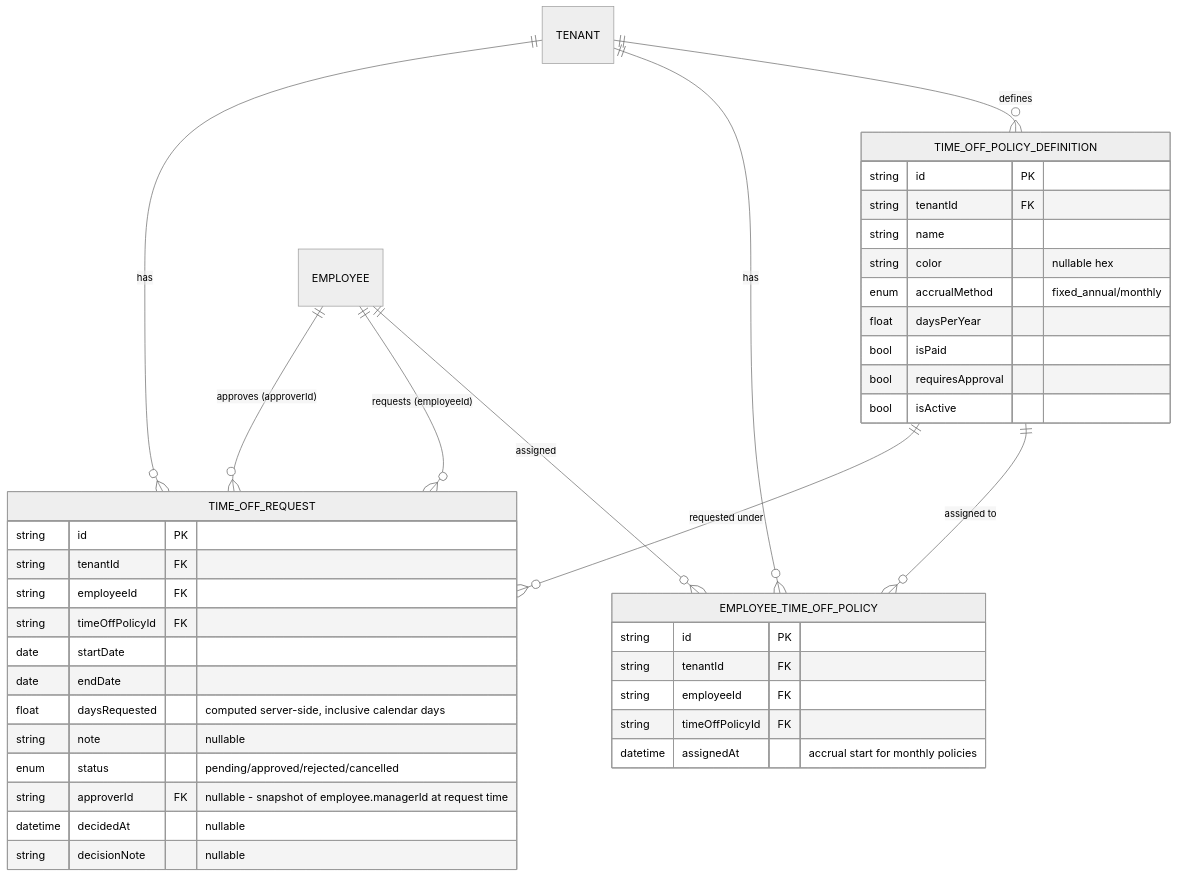
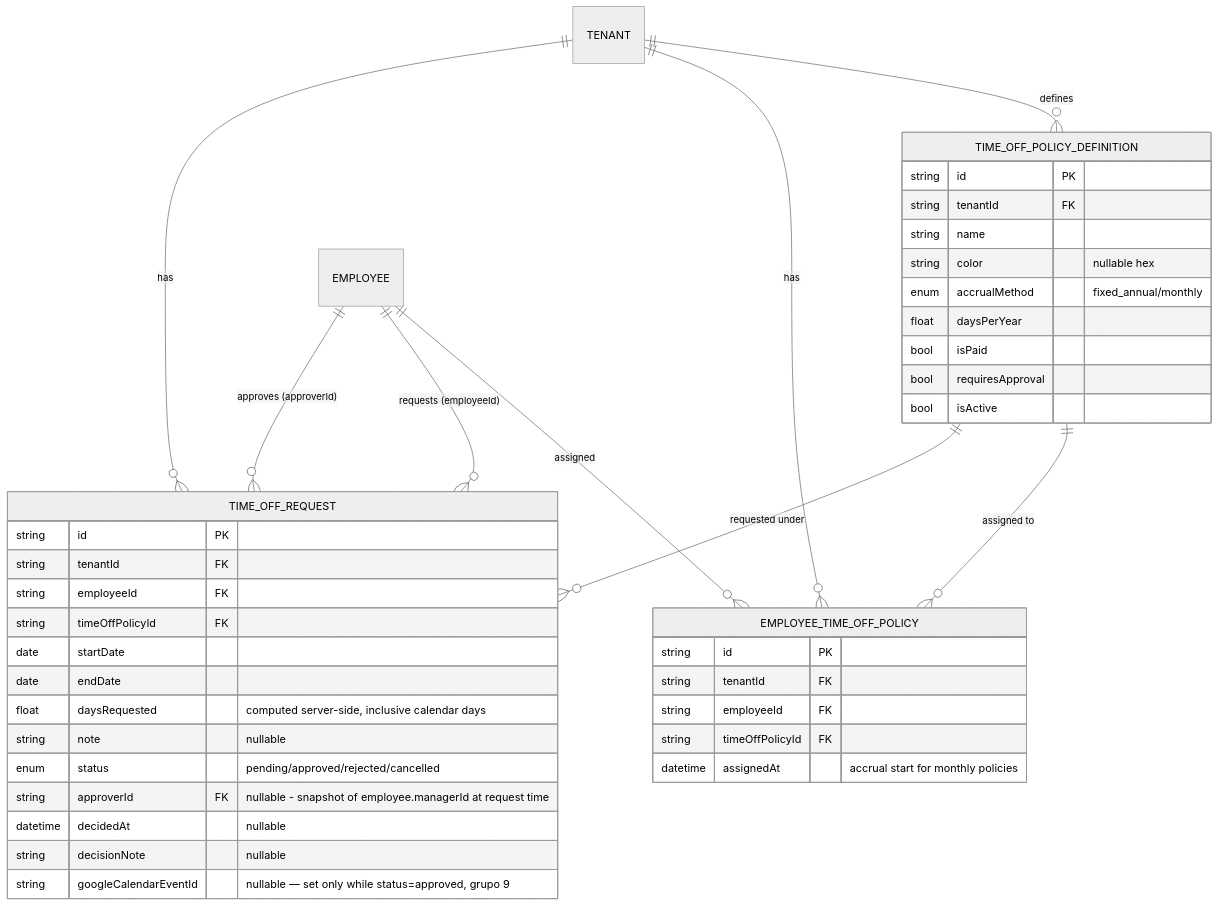
The third of 9 diagrams in docs/general/database-schema.md (ABravo2025/northstack), drawn with Mermaid (neutral theme) before and after one commit. The commit also changed other lines of this file and 28 other files, not shown here.

First line of the commit message:
Add Google Calendar sync, employee birthdays, and hide completed tasks from Overview

````diff
--- a/docs/general/database-schema.md
+++ b/docs/general/database-schema.md
@@ -200,45 +202,46 @@
 ```mermaid
 erDiagram
     TENANT ||--o{ TIME_OFF_POLICY_DEFINITION : "defines"
     TENANT ||--o{ EMPLOYEE_TIME_OFF_POLICY : "has"
     TENANT ||--o{ TIME_OFF_REQUEST : "has"
 
     EMPLOYEE ||--o{ EMPLOYEE_TIME_OFF_POLICY : "assigned"
     TIME_OFF_POLICY_DEFINITION ||--o{ EMPLOYEE_TIME_OFF_POLICY : "assigned to"
     EMPLOYEE ||--o{ TIME_OFF_REQUEST : "requests (employeeId)"
     EMPLOYEE ||--o{ TIME_OFF_REQUEST : "approves (approverId)"
     TIME_OFF_POLICY_DEFINITION ||--o{ TIME_OFF_REQUEST : "requested under"
 
     TIME_OFF_POLICY_DEFINITION {
         string id PK
         string tenantId FK
         string name
         string color "nullable hex"
         enum accrualMethod "fixed_annual/monthly"
         float daysPerYear
         bool isPaid
         bool requiresApproval
         bool isActive
     }
     EMPLOYEE_TIME_OFF_POLICY {
         string id PK
         string tenantId FK
         string employeeId FK
         string timeOffPolicyId FK
         datetime assignedAt "accrual start for monthly policies"
     }
     TIME_OFF_REQUEST {
         string id PK
         string tenantId FK
         string employeeId FK
         string timeOffPolicyId FK
         date startDate
         date endDate
         float daysRequested "computed server-side, inclusive calendar days"
         string note "nullable"
         enum status "pending/approved/rejected/cancelled"
         string approverId FK "nullable - snapshot of employee.managerId at request time"
         datetime decidedAt "nullable"
         string decisionNote "nullable"
+        string googleCalendarEventId "nullable — set only while status=approved, grupo 9"
     }
 ```
````
